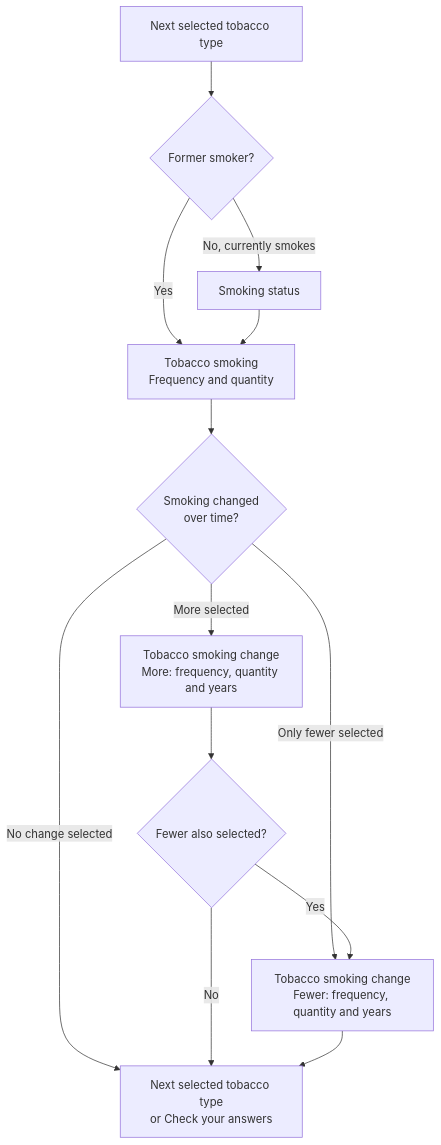
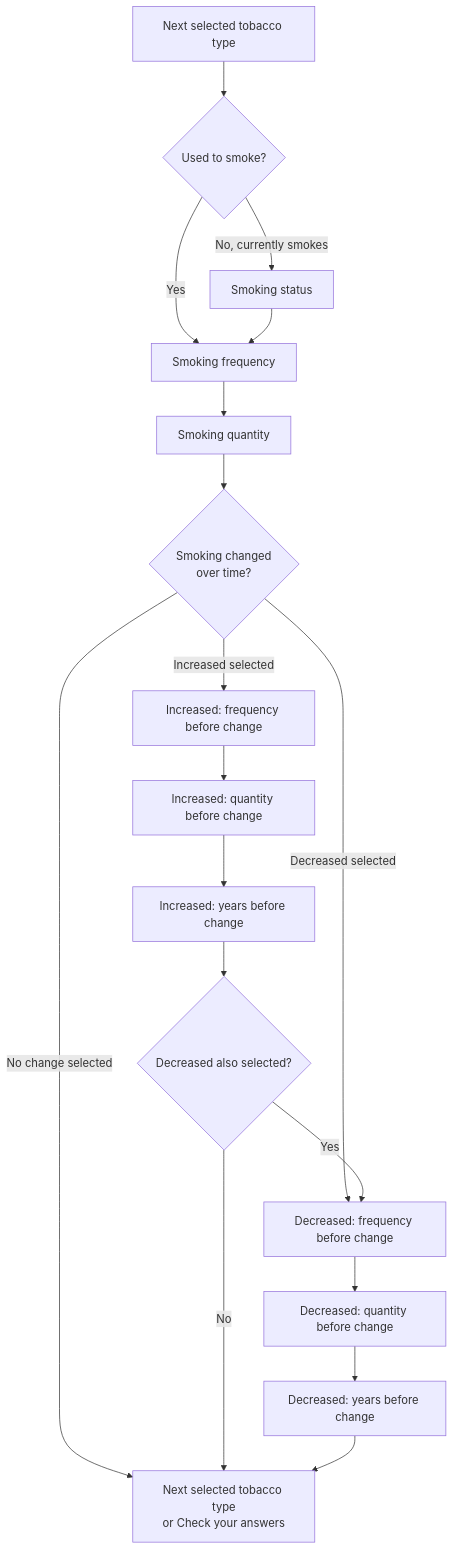
The second of 2 diagrams in app/prototype_v3/flows/question-flow.md (NHSDigital/prototype-lung-health-check), drawn with Mermaid before and after one commit. The commit also changed other lines of this file, not shown here.

Commit message:
Update question flow

````diff
--- a/app/prototype_v3/flows/question-flow.md
+++ b/app/prototype_v3/flows/question-flow.md
@@ -65,21 +64,25 @@
 ```mermaid
 flowchart TD
-  selectedType["Next selected tobacco type"] --> formerSmoker{"Former smoker?"}
-
-  formerSmoker -- No, currently smokes --> status["Smoking status"]
-  formerSmoker -- Yes --> tobaccoSmoking["Tobacco smoking<br>Frequency and quantity"]
-  status --> tobaccoSmoking
-
-  tobaccoSmoking --> changed{"Smoking changed<br>over time?"}
+  selectedType["Next selected tobacco type"] --> past{"Used to smoke?"}
+  past -- No, currently smokes --> status["Smoking status"]
+  past -- Yes --> frequency["Smoking frequency"]
+  status --> frequency["Smoking frequency"]
+  frequency --> quantity["Smoking quantity"]
+  quantity --> changed{"Smoking changed<br>over time?"}
 
   changed -- No change selected --> nextTypeOrCya
-  changed -- More selected --> moreChange["Tobacco smoking change<br>More: frequency, quantity and years"]
-  moreChange --> fewerSelected{"Fewer also selected?"}
+  changed -- Increased selected --> increasedFrequency["Increased: frequency before change"]
+  increasedFrequency --> increasedQuantity["Increased: quantity before change"]
+  increasedQuantity --> increasedYears["Increased: years before change"]
+  increasedYears --> decreasedSelected{"Decreased also selected?"}
 
-  changed -- Only fewer selected --> fewerChange["Tobacco smoking change<br>Fewer: frequency, quantity and years"]
-  fewerSelected -- Yes --> fewerChange
-  fewerSelected -- No --> nextTypeOrCya
-  fewerChange --> nextTypeOrCya
+  changed -- Decreased selected --> decreasedFrequency["Decreased: frequency before change"]
+  decreasedSelected -- Yes --> decreasedFrequency
+  decreasedSelected -- No --> nextTypeOrCya
+
+  decreasedFrequency --> decreasedQuantity["Decreased: quantity before change"]
+  decreasedQuantity --> decreasedYears["Decreased: years before change"]
+  decreasedYears --> nextTypeOrCya
 
   nextTypeOrCya["Next selected tobacco type<br>or Check your answers"]
 ```
````
